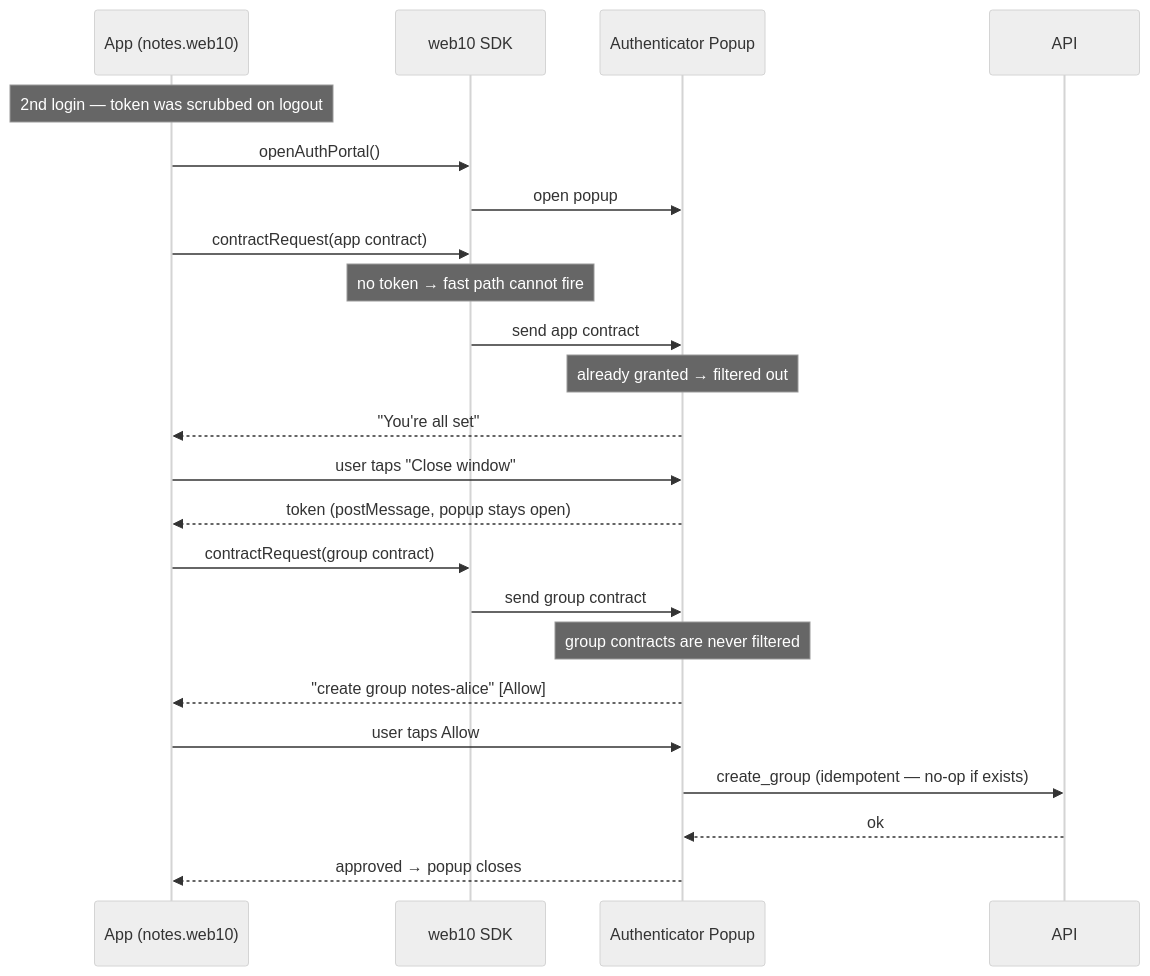
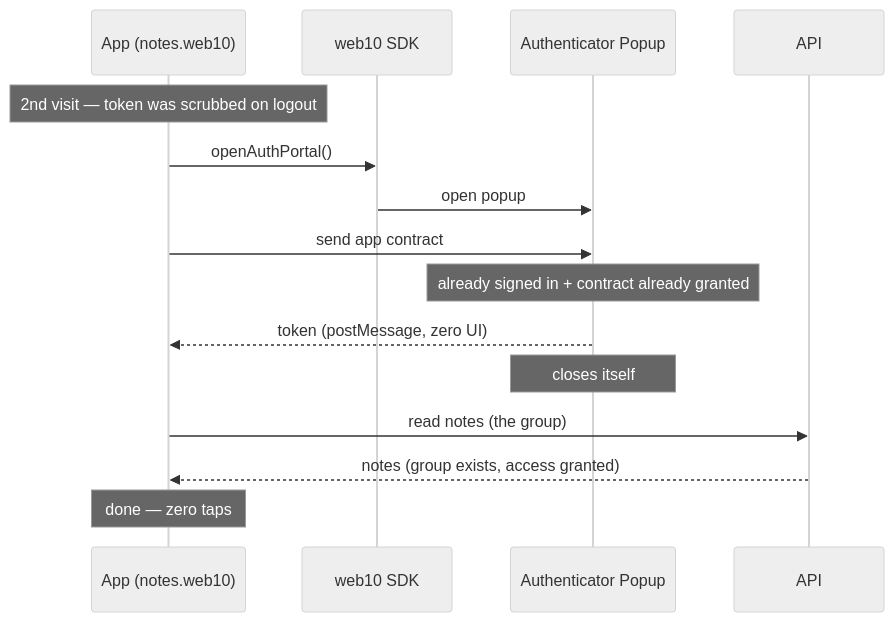
Before and after one commit to jacoby149/web10: the first of 2 diagrams in knowledge/knowledge-base/web10-v3/auth/consent.md, drawn with Mermaid (neutral theme). The commit also changed other lines of this file and 11 other files, not shown here.

````diff
--- a/knowledge/knowledge-base/web10-v3/auth/consent.md
+++ b/knowledge/knowledge-base/web10-v3/auth/consent.md
@@ -36,26 +36,18 @@
 ```mermaid
 sequenceDiagram
     participant App as App (notes.web10)
     participant SDK as web10 SDK
-    participant Popup as Authenticator Popup
+    participant Popup as Authenticator Popup #1
     participant API as API
 
-    Note over App: 2nd login — token was scrubbed on logout
+    Note over App: 2nd visit — token was scrubbed on logout
     App->>SDK: openAuthPortal()
-    SDK->>Popup: open popup
-    App->>SDK: contractRequest(app contract)
-    Note over SDK: no token → fast path cannot fire
-    SDK->>Popup: send app contract
-    Note over Popup: already granted → filtered out
-    Popup-->>App: "You're all set"
-    App->>Popup: user taps "Close window"
-    Popup-->>App: token (postMessage, popup stays open)
-    App->>SDK: contractRequest(group contract)
-    SDK->>Popup: send group contract
-    Note over Popup: group contracts are never filtered
-    Popup-->>App: "create group notes-alice" [Allow]
-    App->>Popup: user taps Allow
-    Popup->>API: create_group (idempotent — no-op if exists)
-    API-->>Popup: ok
-    Popup-->>App: approved → popup closes
+    SDK->>Popup: open popup #1 (the app contract)
+    App->>Popup: send app contract
+    Note over Popup: already signed in + contract already granted
+    Popup-->>App: token (postMessage, zero UI)
+    Note over Popup: closes itself
+    App->>API: read notes (the group)
+    API-->>App: notes (group exists, access granted)
+    Note over App: done — zero taps
 ```
````
